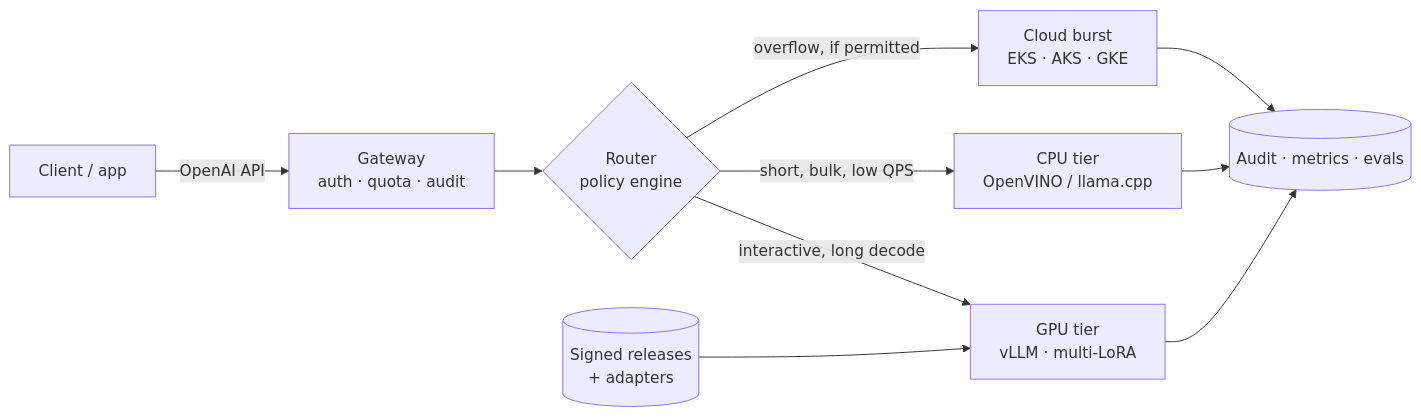
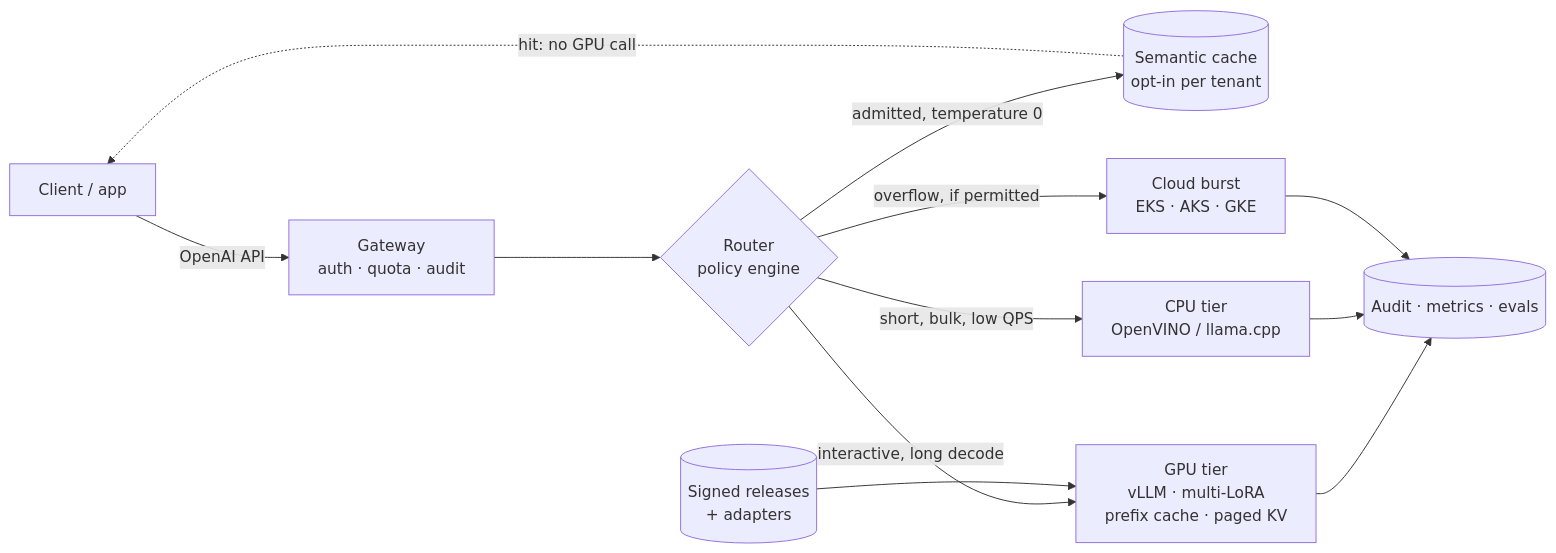
Before and after one commit to mahi80/SLM-FIne-Tuned-Inference: the diagram in README.md, drawn with Mermaid. The commit also changed other lines of this file and 1 other file, not shown here.

Commit message:
Architecture: add GPU engine, semantic-cache and measurement views (#3)
- c4.md L2/L3: gateway gains the semantic cache, placed after admission and
  keyed on the chosen candidate. Optional embeddings endpoint added.
- New L3 GPU serving engine view: scheduler with continuous batching, prefix
  cache, prefill vs decode, paged KV, weights + LoRA slots. Includes a
  flag-to-decision table and a prefix-cache vs semantic-cache comparison.
- New runtime view for a semantic-cache hit/miss, and a measurement view
  tracing TTFT/TPOT/ITL/prefix savings/cache hit rate to their source.
- Trust boundaries: B7 gateway -> embeddings endpoint, and cached completions
  held in gateway memory.
- README diagram and component list updated; c4.md linked from Go deeper.
All mermaid blocks validated with mermaid 11 parse.

Claude-Session: https://claude.ai/code/session_019GwCbruXEm1eFXHsC117Vv

````diff
--- a/README.md
+++ b/README.md
@@ -172,12 +172,14 @@
 ```mermaid
 flowchart LR
   C[Client / app] -->|OpenAI API| GW[Gateway<br/>auth · quota · audit]
   GW --> RT{Router<br/>policy engine}
-  RT -->|interactive, long decode| GPU[GPU tier<br/>vLLM · multi-LoRA]
+  RT -->|admitted, temperature 0| SC[(Semantic cache<br/>opt-in per tenant)]
+  SC -.->|hit: no GPU call| C
+  RT -->|interactive, long decode| GPU[GPU tier<br/>vLLM · multi-LoRA<br/>prefix cache · paged KV]
   RT -->|short, bulk, low QPS| CPU[CPU tier<br/>OpenVINO / llama.cpp]
   RT -->|overflow, if permitted| CL[Cloud burst<br/>EKS · AKS · GKE]
   REG[(Signed releases<br/>+ adapters)] --> GPU
   GPU --> OBS[(Audit · metrics · evals)]
   CPU --> OBS
   CL --> OBS
 ```
````
